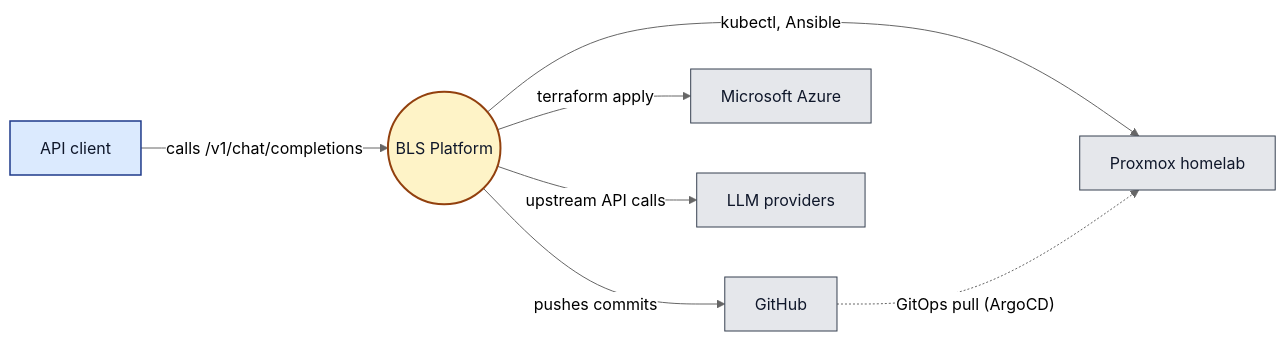
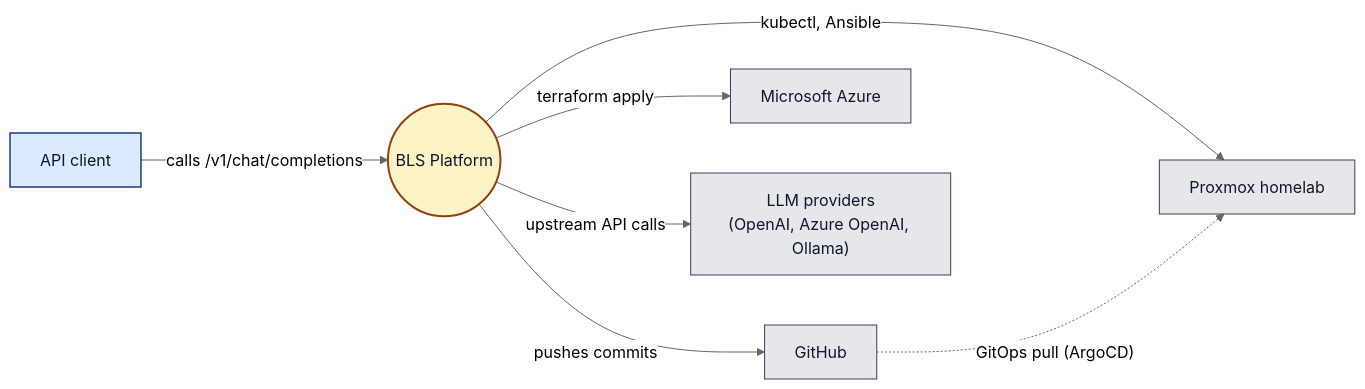
Before and after one commit to CalmAfterReboot/BLS-platform: the diagram in docs/diagrams/00-system-context.mmd, drawn with Mermaid. The commit also changed 7 other files, not shown here.

First line of the commit message:
docs: refresh P1–P4 diagrams + add docs/tools-and-urls.md (#12)

```diff
--- a/docs/diagrams/00-system-context.mmd
+++ b/docs/diagrams/00-system-context.mmd
@@ -1,45 +1,45 @@
 %%{init: {'theme':'neutral','flowchart':{'curve':'basis'}}}%%
 flowchart LR
     %% System context (C4 L1) — BLS Platform and the external systems it
     %% genuinely interacts with at runtime. Audience actors (recruiters,
     %% hiring managers, the architect) live in the catalogue caption, not
     %% in the diagram.
 
     APIClient["API client"]:::actor
 
     BLS(("BLS Platform")):::system
 
     GitHub["GitHub"]:::external
     Azure["Microsoft Azure"]:::external
     Proxmox["Proxmox homelab"]:::external
-    LLMProviders["LLM providers"]:::external
+    LLMProviders["LLM providers<br/>(OpenAI, Azure OpenAI, Ollama)"]:::external
 
     %% Runtime user → system
     APIClient -- "calls /v1/chat/completions" --> BLS
 
     %% System → external systems
     BLS -- "pushes commits" --> GitHub
     BLS -- "terraform apply" --> Azure
     BLS -- "kubectl, Ansible" --> Proxmox
     BLS -- "upstream API calls" --> LLMProviders
 
     %% GitOps reconciliation — GitHub is the source, ArgoCD pulls
     GitHub -. "GitOps pull (ArgoCD)" .-> Proxmox
 
     classDef actor fill:#dbeafe,stroke:#1e3a8a,stroke-width:1.5px,color:#0f172a;
     classDef system fill:#fef3c7,stroke:#92400e,stroke-width:2px,color:#0f172a;
     classDef external fill:#e5e7eb,stroke:#374151,stroke-width:1px,color:#0f172a;
 
 %% Caption — supports BLS-PLATFORM-ENGINEERING-GUIDE.md §1. The BLS
 %% Platform sits at the centre. The single human actor is an API client
 %% (developer or service) hitting the LLM gateway — a real runtime user
 %% of the running system. The four external systems are the ones the
 %% platform genuinely interacts with: GitHub (source of truth + CI),
 %% Microsoft Azure (P1 landing zone + Terraform remote state), the
 %% Proxmox homelab (k3s cluster, ArgoCD, workloads P4 and P5), and the
 %% upstream LLM providers consumed via the FastAPI/LiteLLM gateway. The
 %% dotted edge from GitHub to Proxmox names the GitOps reconciliation
 %% path — Git is the source, ArgoCD pulls. Audience actors (recruiter,
 %% hiring manager, the architect-as-author) are deliberately out of this
 %% diagram; a system context diagram records technical interactions, not
 %% the portfolio's reading audience.
```
